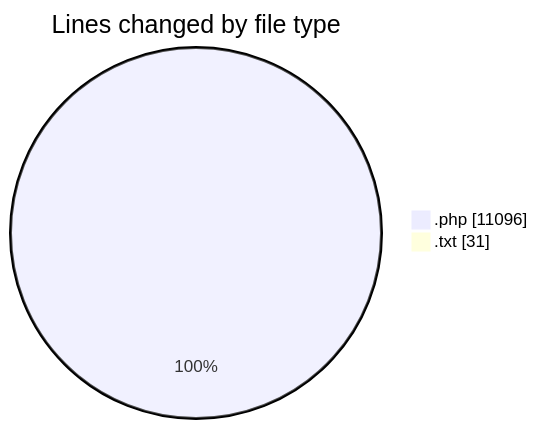
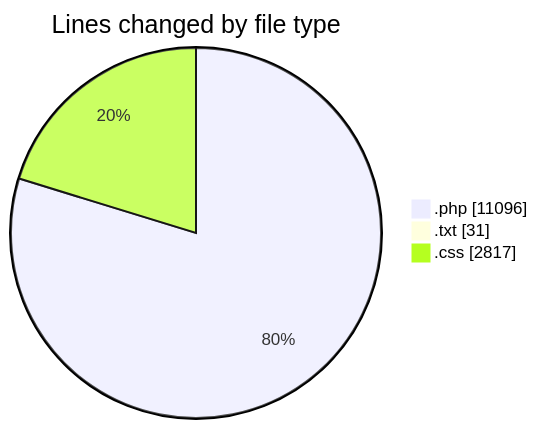
The first of 2 diagrams in 2025-10-17/untitled__workspace_/README.md (debugP/code-tracking), drawn with Mermaid before and after one commit. The commit also changed other lines of this file and 1 other file, not shown here.

````diff
--- a/2025-10-17/untitled__workspace_/README.md
+++ b/2025-10-17/untitled__workspace_/README.md
@@ -26,6 +27,7 @@
 ```mermaid
 pie showData
 title Lines changed by file type
 ".php" : 11096
 ".txt" : 31
+".css" : 2817
 ```
````
